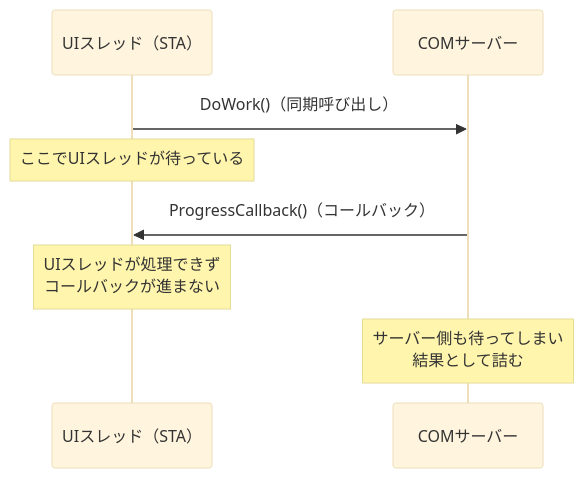
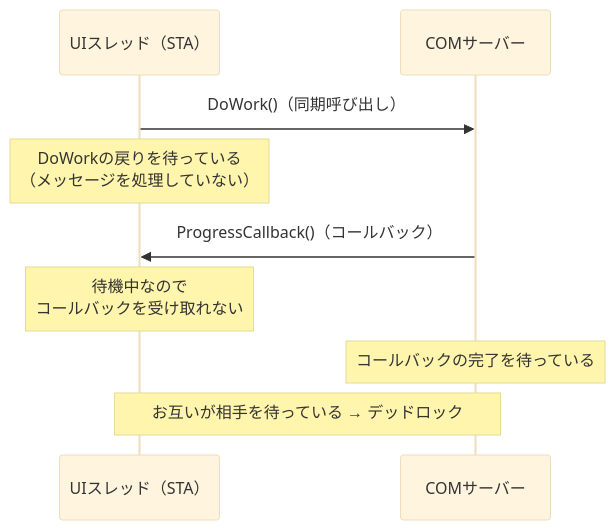
Before and after one commit to gomurin0428/KomuraSoftWeb: the third of 3 diagrams in _posts/2026-01-31-000-sta-mta-com-relationship.md, drawn with Mermaid (base theme). The commit also changed other lines of this file and 1 other file, not shown here.

```diff
--- a/_posts/2026-01-31-000-sta-mta-com-relationship.md
+++ b/_posts/2026-01-31-000-sta-mta-com-relationship.md
@@ -255,11 +255,12 @@
 <pre class="mermaid">
 sequenceDiagram
     participant UI as UIスレッド（STA）
     participant Server as COMサーバー
 
     UI->>Server: DoWork()（同期呼び出し）
-    Note over UI: ここでUIスレッドが待っている
+    Note over UI: DoWorkの戻りを待っている<br/>（メッセージを処理していない）
     Server->>UI: ProgressCallback()（コールバック）
-    Note over UI: UIスレッドが処理できず<br/>コールバックが進まない
-    Note over Server: サーバー側も待ってしまい<br/>結果として詰む
+    Note over UI: 待機中なので<br/>コールバックを受け取れない
+    Note over Server: コールバックの完了を待っている
+    Note over UI,Server: お互いが相手を待っている → デッドロック
 </pre>
```
